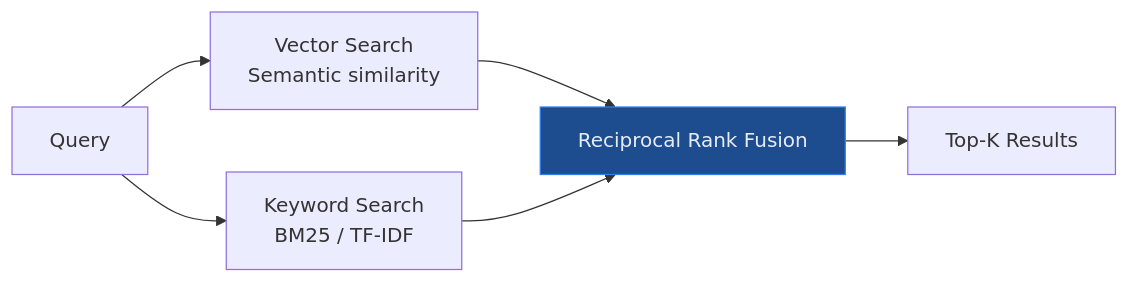
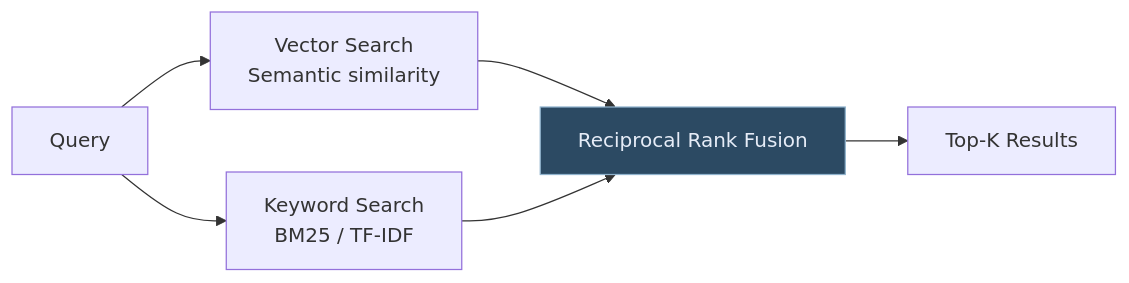
Before and after one commit to lorvexai/lorvexai: the third of 6 diagrams in blog/production-rag-beyond-the-basics.md, drawn with Mermaid. The commit also changed other lines of this file and 16 other files, not shown here.

First line of the commit message:
Retune hardcoded Mermaid node colors to match the site palette

````diff
--- a/blog/production-rag-beyond-the-basics.md
+++ b/blog/production-rag-beyond-the-basics.md
@@ -112,10 +112,10 @@
 ```mermaid
 flowchart LR
     Q[Query] --> VS[Vector Search\nSemantic similarity]
     Q --> KW[Keyword Search\nBM25 / TF-IDF]
     VS --> RR[Reciprocal Rank Fusion]
     KW --> RR
     RR --> TOP[Top-K Results]
 
-    style RR fill:#1D4C8F,stroke:#2F80ED,color:#E6ECF7
+    style RR fill:#2C4A63,stroke:#8FB2CC,color:#E6ECF7
 ```
````
